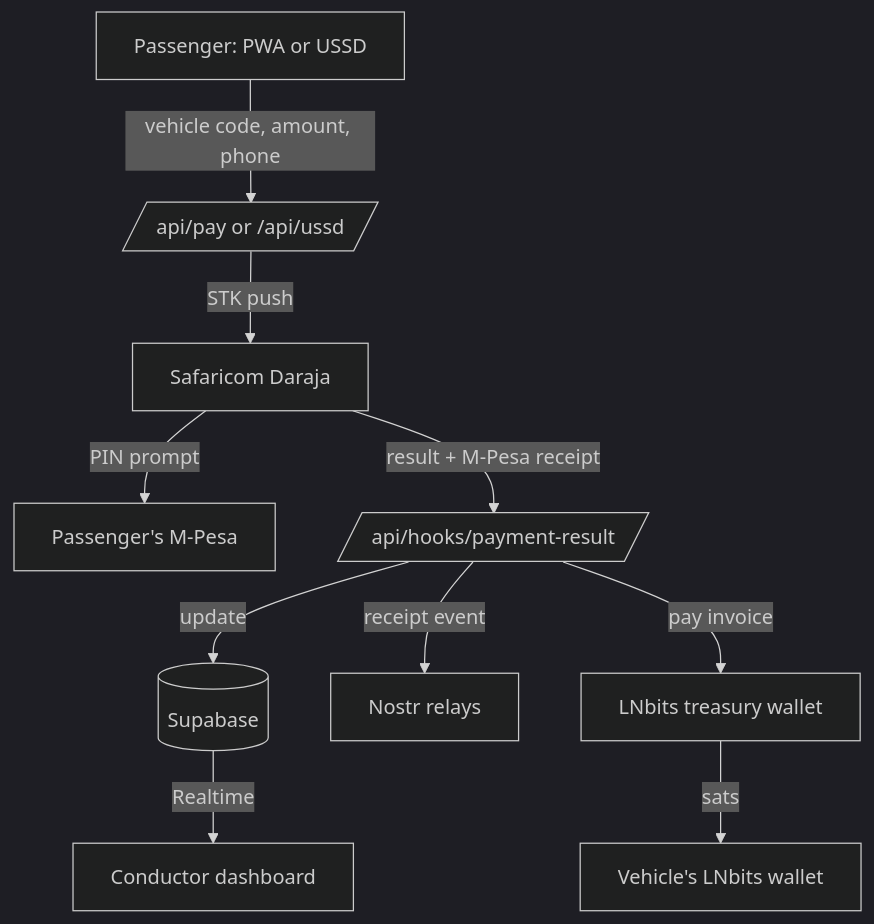
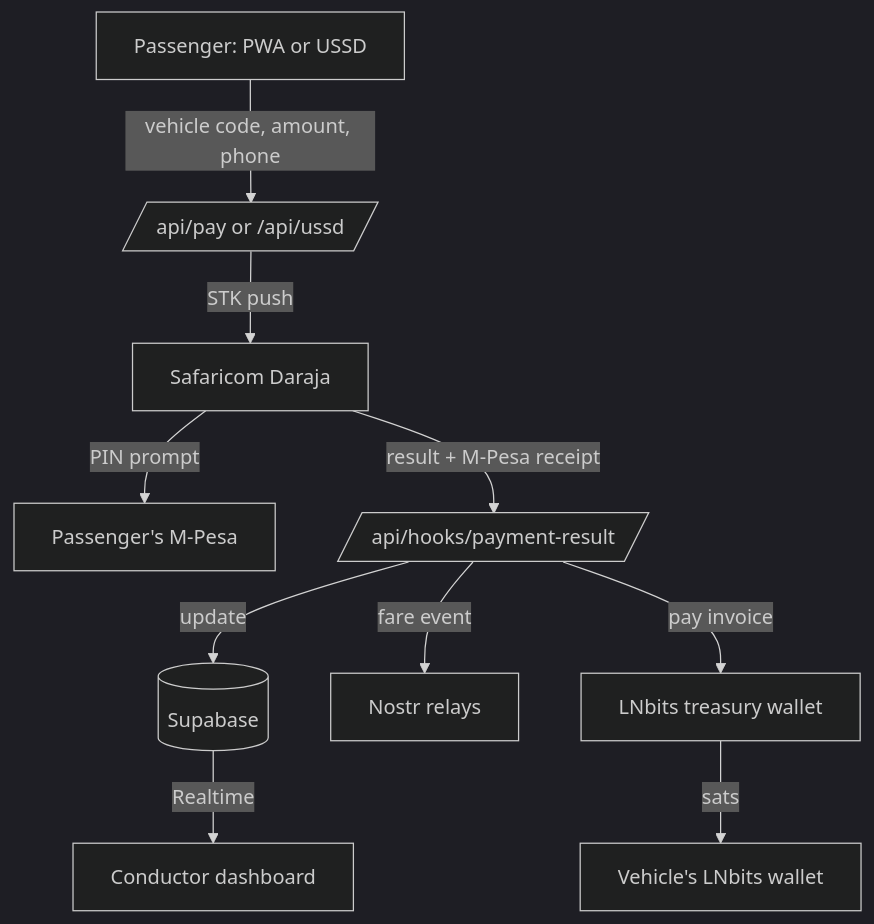
Before and after one commit to Safaripap/safaripap: the diagram in README.md, drawn with Mermaid (dark theme). The commit also changed other lines of this file and 25 other files, not shown here.

````diff
--- a/README.md
+++ b/README.md
@@ -100,12 +100,12 @@
 ```mermaid
 flowchart TD
     P[Passenger: PWA or USSD] -->|vehicle code, amount, phone| API[/api/pay or /api/ussd/]
     API -->|STK push| B[Safaricom Daraja]
     B -->|PIN prompt| M[Passenger's M-Pesa]
     B -->|result + M-Pesa receipt| W[/api/hooks/payment-result/]
     W -->|update| DB[(Supabase)]
     DB -->|Realtime| D[Conductor dashboard]
-    W -->|receipt event| N[Nostr relays]
+    W -->|fare event| N[Nostr relays]
     W -->|pay invoice| T[LNbits treasury wallet]
     T -->|sats| L[Vehicle's LNbits wallet]
 ```
````
